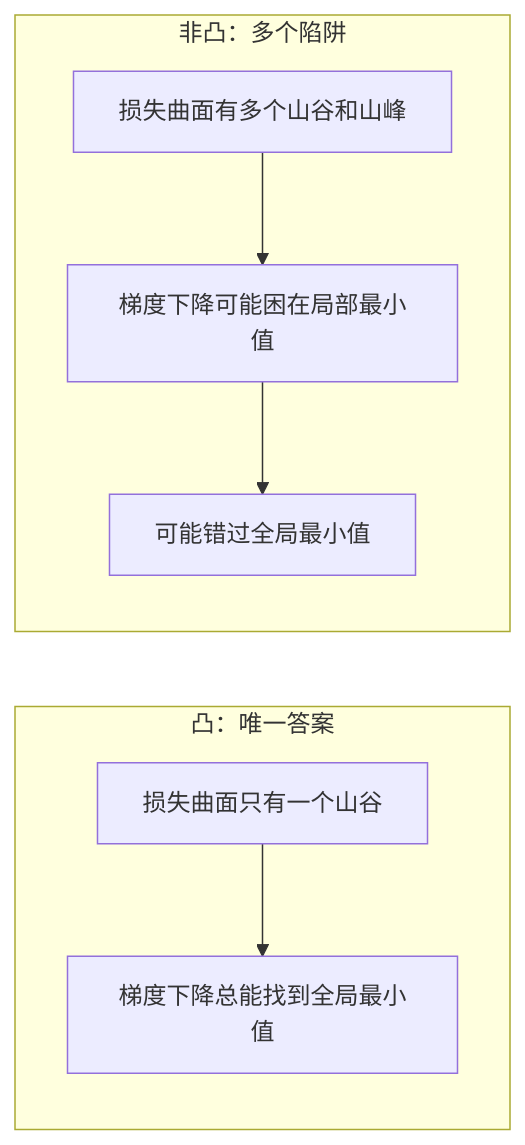
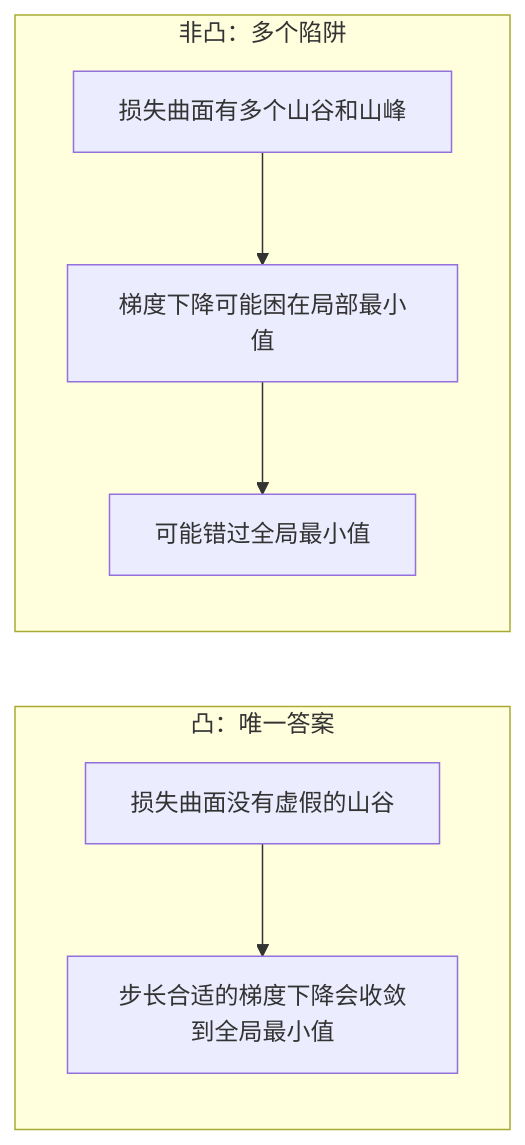
One commit to huangyue12120/Learning-Atlas changed the first of 4 diagrams in content/translations/practice/01-math-foundations/18-convex-optimization/zh.md. Above: the diagram before and after it, drawn with Mermaid. The commit also changed other lines of this file and 305 other files, not shown here.

````diff
--- a/content/translations/practice/01-math-foundations/18-convex-optimization/zh.md
+++ b/content/translations/practice/01-math-foundations/18-convex-optimization/zh.md
@@ -106,12 +106,12 @@
 ```mermaid
 graph LR
     subgraph "凸：唯一答案"
         direction TB
-        C1["损失曲面只有一个山谷"] --> C2["梯度下降总能找到全局最小值"]
+        C1["损失曲面没有虚假的山谷"] --> C2["步长合适的梯度下降会收敛到全局最小值"]
     end
     subgraph "非凸：多个陷阱"
         direction TB
         N1["损失曲面有多个山谷和山峰"] --> N2["梯度下降可能困在局部最小值"]
         N2 --> N3["可能错过全局最小值"]
     end
 ```
````
